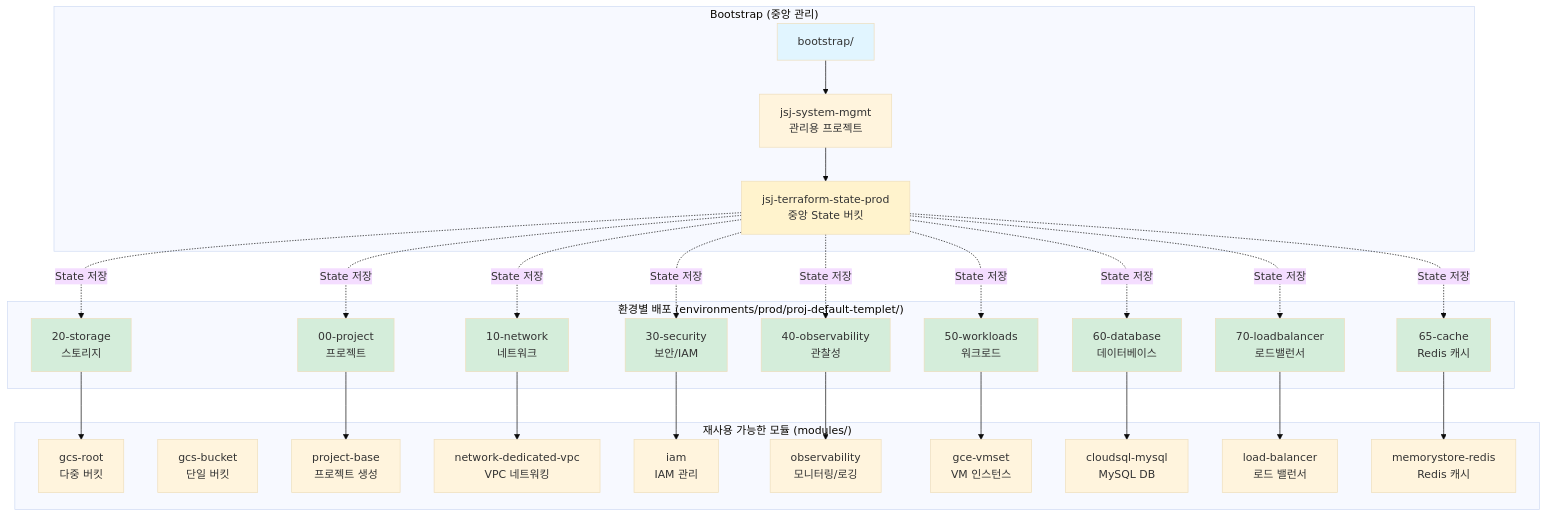
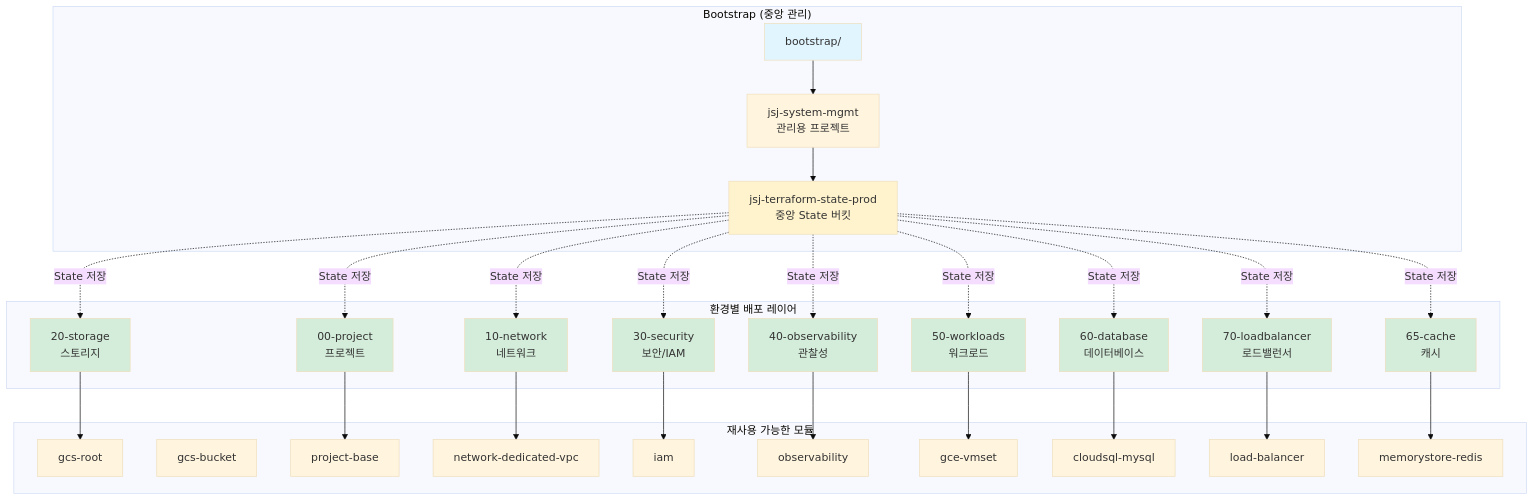
One commit to JSJ2337/GCP_terraform_code changed the first of 9 diagrams in terraform_gcp_infra/docs/architecture/diagrams.md. Above: the diagram before and after it, drawn with Mermaid (base theme). The commit also changed other lines of this file, not shown here.

Commit message:
docs: diagrams.md 다이어그램 가독성 개선
1번 다이어그램 (전체 시스템 구조):
- 서브그래프 제목 간소화
  - "재사용 가능한 모듈 (modules/)" → "재사용 가능한 모듈"
  - "환경별 배포 (environments/...)" → "환경별 배포 레이어"
- 모듈 노드 레이블 단순화 (부가 설명 제거)
- 글자 겹침 현상 해결

8번 다이어그램 (모듈 재사용 예제):
- 서브그래프에 ID 추가하여 제목 렌더링 개선
- "모듈 정의 (modules/cloudsql-mysql/)" → "모듈 정의"
- MODULE 노드에 모듈명 추가
- tfvars 노드에 콜론 추가하여 가독성 향상

````diff
--- a/terraform_gcp_infra/docs/architecture/diagrams.md
+++ b/terraform_gcp_infra/docs/architecture/diagrams.md
@@ -18,67 +18,67 @@
 ```mermaid
 graph TB
     subgraph "Bootstrap (중앙 관리)"
         B[bootstrap/]
         B_PROJ[jsj-system-mgmt<br/>관리용 프로젝트]
         B_BUCKET[jsj-terraform-state-prod<br/>중앙 State 버킷]
         B --> B_PROJ
         B_PROJ --> B_BUCKET
     end
 
-    subgraph "재사용 가능한 모듈 (modules/)"
-        M1[gcs-root<br/>다중 버킷]
-        M2[gcs-bucket<br/>단일 버킷]
-        M3[project-base<br/>프로젝트 생성]
-        M4[network-dedicated-vpc<br/>VPC 네트워킹]
-        M5[iam<br/>IAM 관리]
-        M6[observability<br/>모니터링/로깅]
-        M7[gce-vmset<br/>VM 인스턴스]
-        M8[cloudsql-mysql<br/>MySQL DB]
-        M9[load-balancer<br/>로드 밸런서]
-        M10[memorystore-redis<br/>Redis 캐시]
+    subgraph "재사용 가능한 모듈"
+        M1[gcs-root]
+        M2[gcs-bucket]
+        M3[project-base]
+        M4[network-dedicated-vpc]
+        M5[iam]
+        M6[observability]
+        M7[gce-vmset]
+        M8[cloudsql-mysql]
+        M9[load-balancer]
+        M10[memorystore-redis]
     end
 
-    subgraph "환경별 배포 (environments/prod/proj-default-templet/)"
+    subgraph "환경별 배포 레이어"
         E0[00-project<br/>프로젝트]
         E1[10-network<br/>네트워크]
         E2[20-storage<br/>스토리지]
         E3[30-security<br/>보안/IAM]
         E4[40-observability<br/>관찰성]
         E5[50-workloads<br/>워크로드]
         E6[60-database<br/>데이터베이스]
-        E7[65-cache<br/>Redis 캐시]
+        E7[65-cache<br/>캐시]
         E8[70-loadbalancer<br/>로드밸런서]
     end
 
     B_BUCKET -.State 저장.-> E0
     B_BUCKET -.State 저장.-> E1
     B_BUCKET -.State 저장.-> E2
     B_BUCKET -.State 저장.-> E3
     B_BUCKET -.State 저장.-> E4
     B_BUCKET -.State 저장.-> E5
     B_BUCKET -.State 저장.-> E6
     B_BUCKET -.State 저장.-> E7
     B_BUCKET -.State 저장.-> E8
 
     E0 --> M3
     E1 --> M4
     E2 --> M1
     E3 --> M5
     E4 --> M6
     E5 --> M7
     E6 --> M8
     E7 --> M10
     E8 --> M9
 
     style B fill:#e1f5ff
     style B_BUCKET fill:#fff3cd
     style E0 fill:#d4edda
     style E1 fill:#d4edda
     style E2 fill:#d4edda
     style E3 fill:#d4edda
     style E4 fill:#d4edda
     style E5 fill:#d4edda
     style E6 fill:#d4edda
     style E7 fill:#d4edda
     style E8 fill:#d4edda
 ```
````
